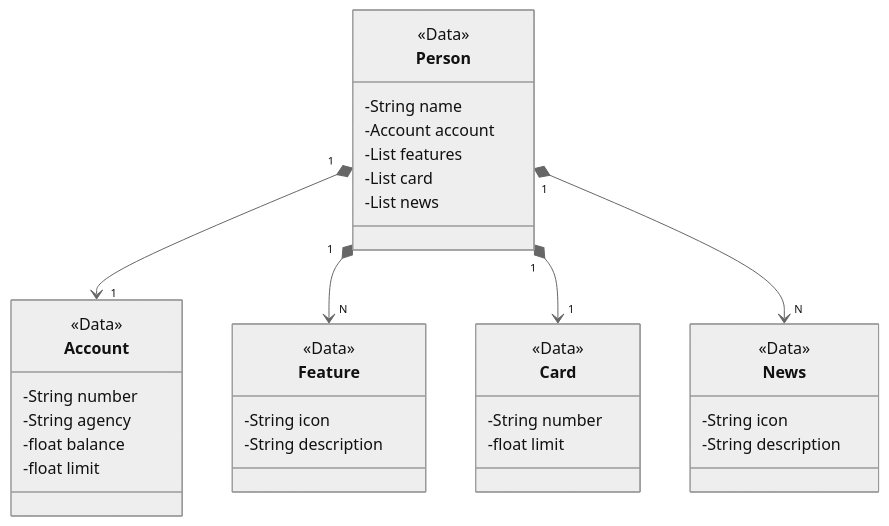
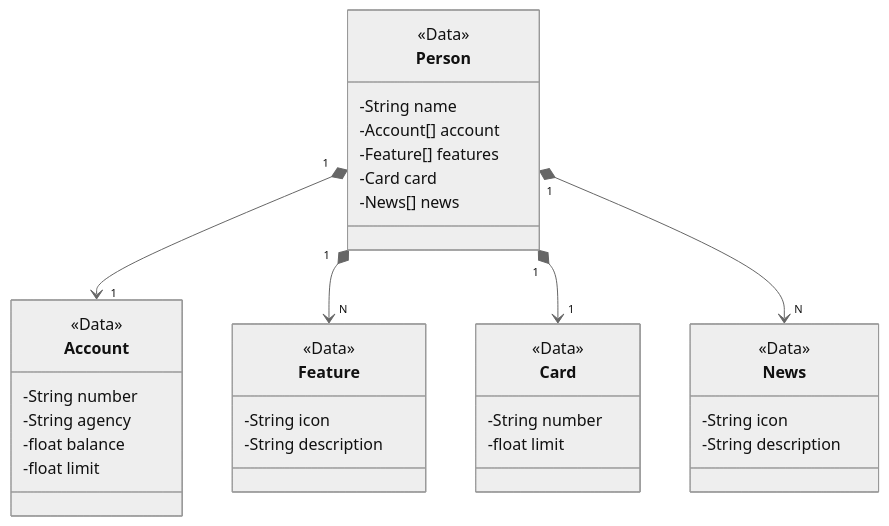
The diagram in README.md (gitrodrigues1/dio-java-ai), drawn with Mermaid (neutral theme) before and after one commit.

````diff
--- a/README.md
+++ b/README.md
@@ -13,38 +13,38 @@
 ``` mermaid
 classDiagram
     class Person {
         <<Data>>
         -String name
-        -Account account
-        -List<Feature> features
-        -List<Card> card
-        -List<News> news
+        -Account[] account
+        -Feature[] features
+        -Card card
+        -News[] news
     }
     class Account {
         <<Data>>
         -String number
         -String agency
         -float balance
         -float limit
     }
     class Feature {
         <<Data>>
         -String icon
         -String description
     }
     class Card {
         <<Data>>
         -String number
         -float limit
     }
     class News {
         <<Data>>
         -String icon
         -String description
     }
 
     Person "1" *--> "1" Account
     Person "1" *--> "N" Feature
     Person "1" *--> "1" Card
     Person "1" *--> "N" News
 ```
````
